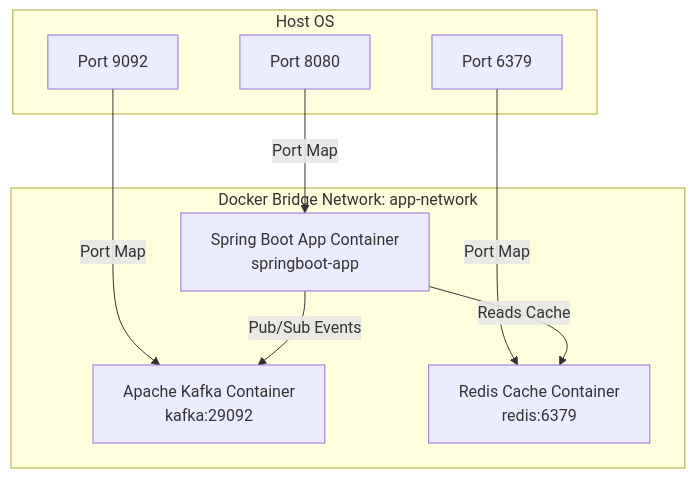
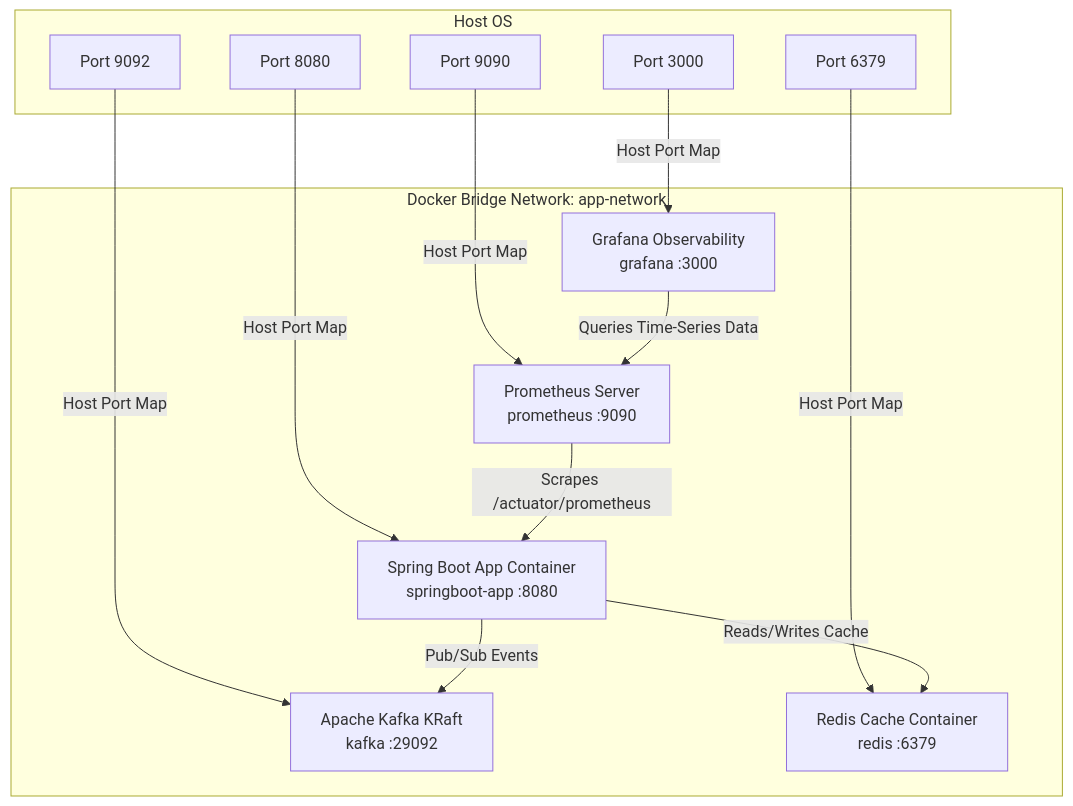
The diagram in springboot/DOCKER_README.md (gp330841/interview), drawn with Mermaid before and after one commit. The commit also changed other lines of this file and 11 other files, not shown here.

````diff
--- a/springboot/DOCKER_README.md
+++ b/springboot/DOCKER_README.md
@@ -40,18 +41,26 @@
 ```mermaid
 graph TD
     subgraph Host OS
         Port8080[Port 8080]
         Port9092[Port 9092]
         Port6379[Port 6379]
+        Port9090[Port 9090]
+        Port3000[Port 3000]
     end
     subgraph Docker Bridge Network: app-network
-        App[Spring Boot App Container<br>springboot-app]
-        Kafka[Apache Kafka Container<br>kafka:29092]
-        Redis[Redis Cache Container<br>redis:6379]
+        App[Spring Boot App Container<br>springboot-app :8080]
+        Kafka[Apache Kafka KRaft<br>kafka :29092]
+        Redis[Redis Cache Container<br>redis :6379]
+        Prom[Prometheus Server<br>prometheus :9090]
+        Graf[Grafana Observability<br>grafana :3000]
     end
-    Port8080 -->|Port Map| App
-    Port9092 -->|Port Map| Kafka
-    Port6379 -->|Port Map| Redis
-    App -->|Reads Cache| Redis
+    Port8080 -->|Host Port Map| App
+    Port9092 -->|Host Port Map| Kafka
+    Port6379 -->|Host Port Map| Redis
+    Port9090 -->|Host Port Map| Prom
+    Port3000 -->|Host Port Map| Graf
+    App -->|Reads/Writes Cache| Redis
     App -->|Pub/Sub Events| Kafka
+    Prom -->|Scrapes /actuator/prometheus| App
+    Graf -->|Queries Time-Series Data| Prom
 ```
````
